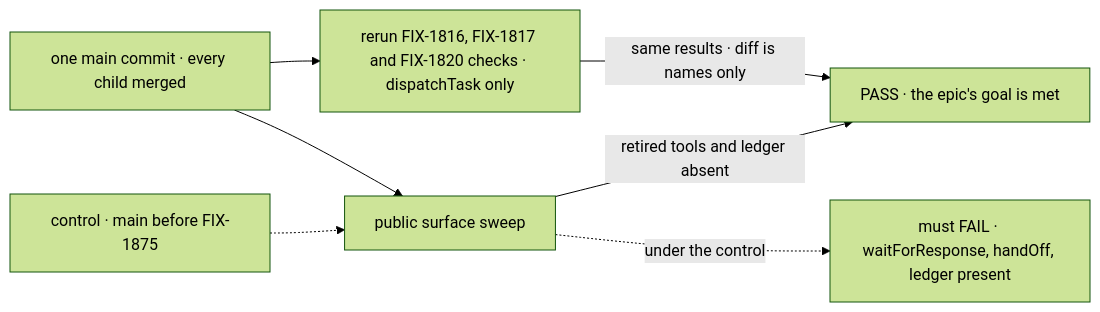
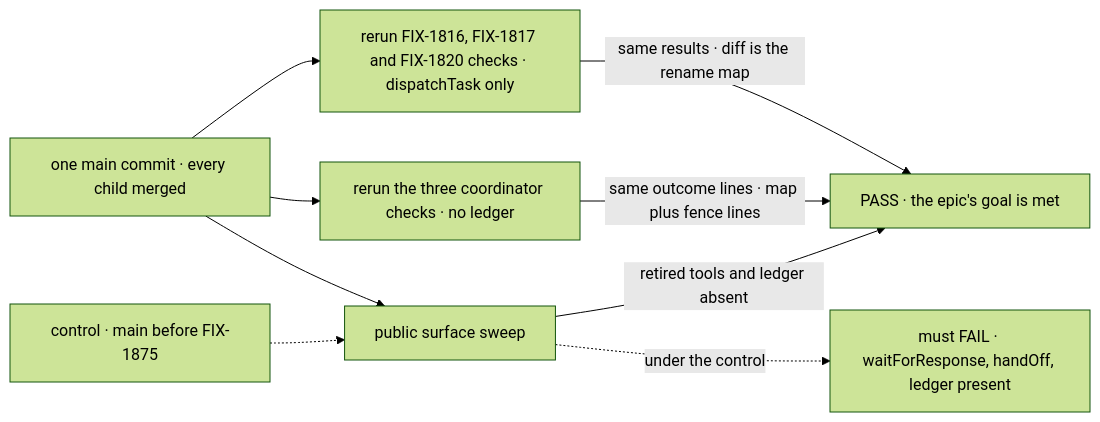
The first of 2 diagrams in specs/epics/FIX-1870/SPEC.md (fixpoint-labs/flow-state-dev), drawn with Mermaid (forest theme) before and after one commit. The commit also changed other lines of this file and 6 other files, not shown here.

First line of the commit message:
spec(epic): fold review on FIX-1870 — FIX-1816 D3 amendment as Open 1, handOff retires with the ledger, coordinator checks in the closure

````diff
--- a/specs/epics/FIX-1870/SPEC.md
+++ b/specs/epics/FIX-1870/SPEC.md
@@ -34,9 +34,11 @@
 ```mermaid
 flowchart LR
   F["one main commit · every child merged"] --> R["rerun FIX-1816, FIX-1817 and FIX-1820 checks · dispatchTask only"]
+  F --> K["rerun the three coordinator checks · no ledger"]
   F --> S["public surface sweep"]
-  R -->|"same results · diff is names only"| P["PASS · the epic's goal is met"]
+  R -->|"same results · diff is the rename map"| P["PASS · the epic's goal is met"]
+  K -->|"same outcome lines · map plus fence lines"| P
   S -->|"retired tools and ledger absent"| P
   C["control · main before FIX-1875"] -.-> S
   S -.->|"under the control"| X["must FAIL · waitForResponse, handOff, ledger present"]
 ```
````
